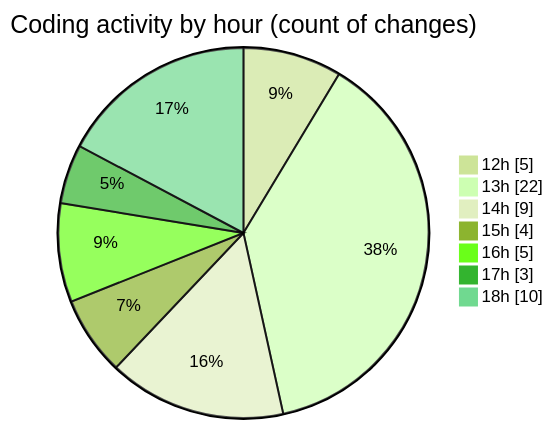
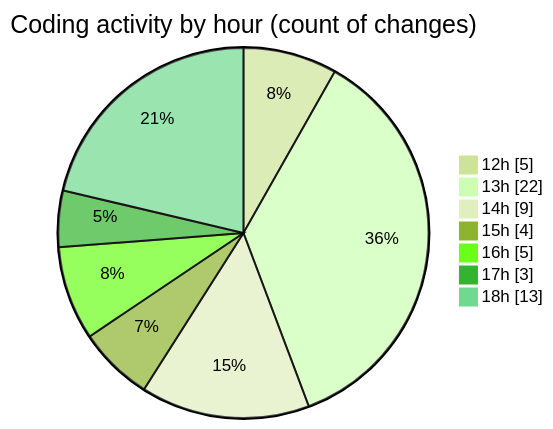
The second of 2 diagrams in 2025-04-19/myws__workspace_/README.md (MatusMokan/code-tracking), drawn with Mermaid (forest theme) before and after one commit. The commit also changed other lines of this file and 1 other file, not shown here.

````diff
--- a/2025-04-19/myws__workspace_/README.md
+++ b/2025-04-19/myws__workspace_/README.md
@@ -31,11 +32,11 @@
 ```mermaid
 pie showData
 title Coding activity by hour (count of changes)
 "12h" : 5
 "13h" : 22
 "14h" : 9
 "15h" : 4
 "16h" : 5
 "17h" : 3
-"18h" : 10
+"18h" : 13
 ```
````
